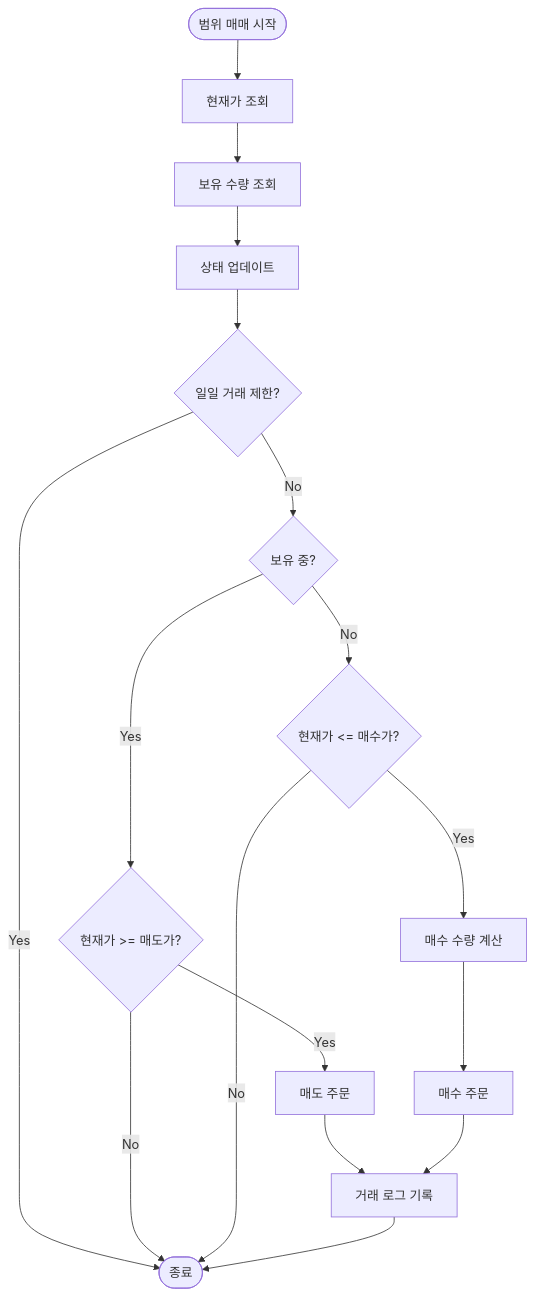
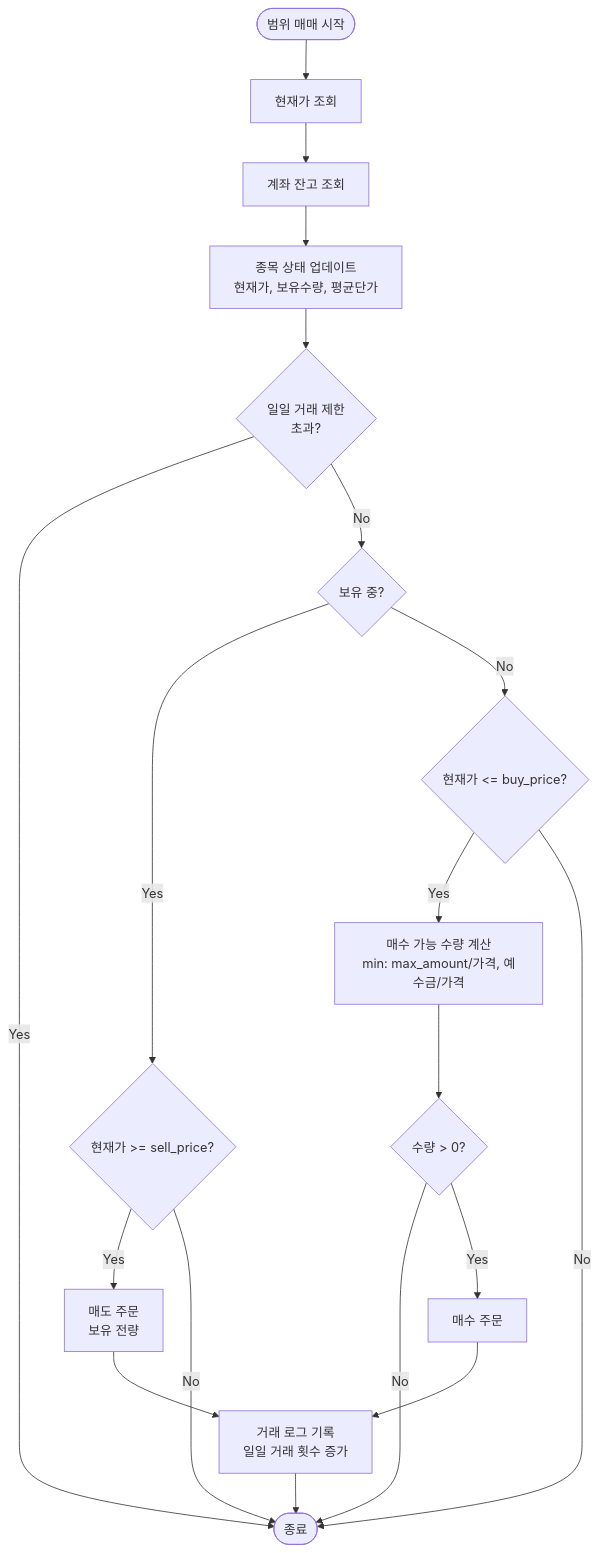
Before and after one commit to tanminkwan/woo-trading: the third of 6 diagrams in README.md, drawn with Mermaid. The commit also changed other lines of this file, not shown here.

First line of the commit message:
docs: README flowchart 현행화

````diff
--- a/README.md
+++ b/README.md
@@ -535,23 +538,25 @@
 ```mermaid
 flowchart TD
     Start([범위 매매 시작]) --> GetPrice[현재가 조회]
-    GetPrice --> GetBalance[보유 수량 조회]
-    GetBalance --> UpdateStatus[상태 업데이트]
+    GetPrice --> GetBalance[계좌 잔고 조회]
+    GetBalance --> UpdateStatus[종목 상태 업데이트<br/>현재가, 보유수량, 평균단가]
 
-    UpdateStatus --> CheckLimit{일일 거래 제한?}
+    UpdateStatus --> CheckLimit{일일 거래 제한<br/>초과?}
     CheckLimit -->|Yes| End([종료])
     CheckLimit -->|No| CheckHolding{보유 중?}
 
-    CheckHolding -->|Yes| CheckSell{현재가 >= 매도가?}
-    CheckSell -->|Yes| ExecuteSell[매도 주문]
+    CheckHolding -->|Yes| CheckSell{현재가 >= sell_price?}
+    CheckSell -->|Yes| ExecuteSell[매도 주문<br/>보유 전량]
     CheckSell -->|No| End
 
-    CheckHolding -->|No| CheckBuy{현재가 <= 매수가?}
-    CheckBuy -->|Yes| CalcQty[매수 수량 계산]
-    CalcQty --> ExecuteBuy[매수 주문]
+    CheckHolding -->|No| CheckBuy{현재가 <= buy_price?}
+    CheckBuy -->|Yes| CalcQty[매수 가능 수량 계산<br/>min: max_amount/가격, 예수금/가격]
+    CalcQty --> CheckQty{수량 > 0?}
+    CheckQty -->|No| End
+    CheckQty -->|Yes| ExecuteBuy[매수 주문]
     CheckBuy -->|No| End
 
-    ExecuteSell --> LogTrade[거래 로그 기록]
+    ExecuteSell --> LogTrade[거래 로그 기록<br/>일일 거래 횟수 증가]
     ExecuteBuy --> LogTrade
     LogTrade --> End
 ```
````
